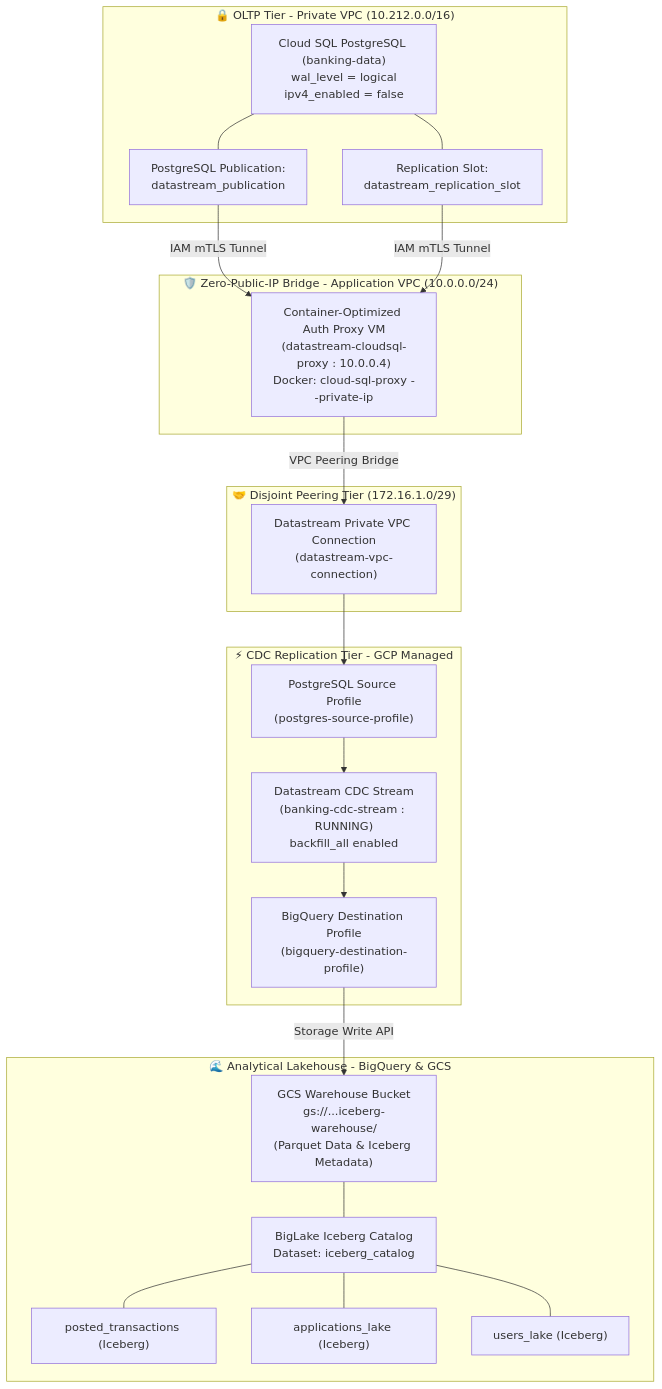
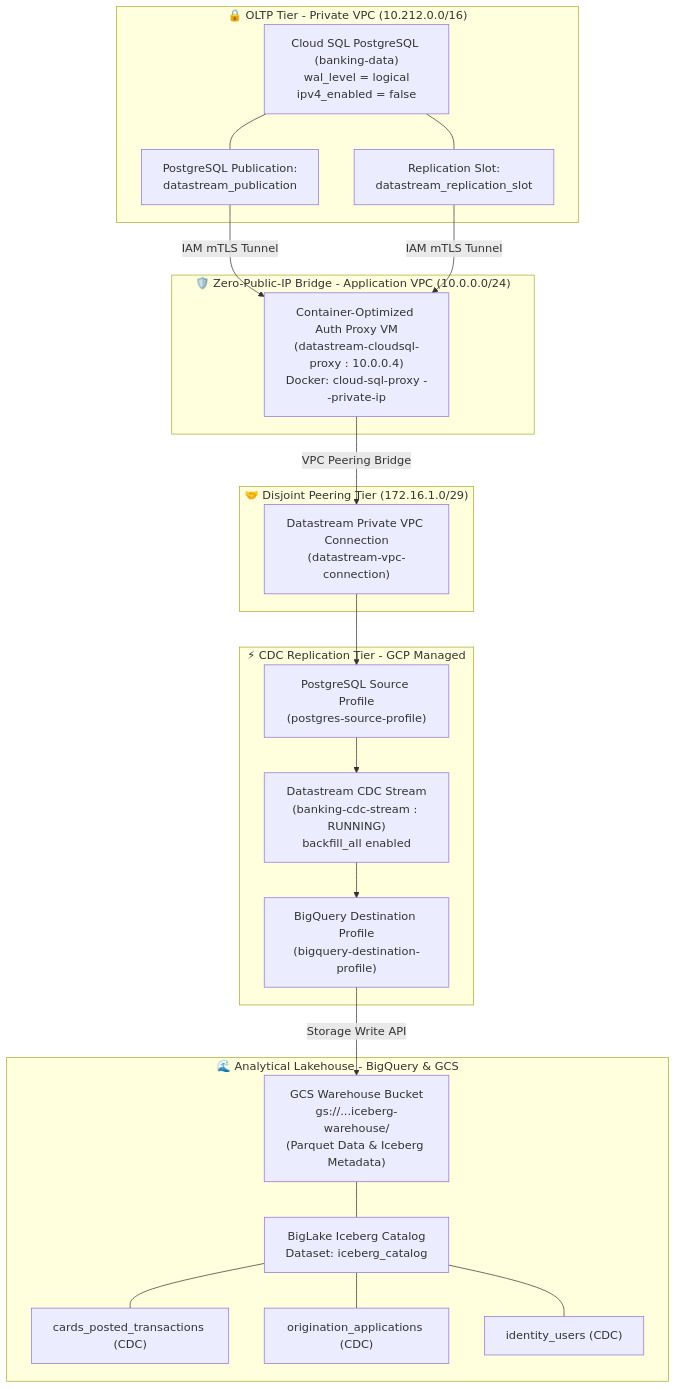
Before and after one commit to GoogleCloudPlatform/fsi-gecx-bundle: the diagram in docs/architecture/data-platform/apache_iceberg_cdc_datalake_architecture.md, drawn with Mermaid. The commit also changed other lines of this file and 12 other files, not shown here.

````diff
--- a/docs/architecture/data-platform/apache_iceberg_cdc_datalake_architecture.md
+++ b/docs/architecture/data-platform/apache_iceberg_cdc_datalake_architecture.md
@@ -24,40 +24,40 @@
 ```mermaid
 graph TD
     subgraph OLTP ["🔒 OLTP Tier - Private VPC (10.212.0.0/16)"]
         SQL["Cloud SQL PostgreSQL (banking-data)<br/>wal_level = logical<br/>ipv4_enabled = false"]
         PUB["PostgreSQL Publication:<br/>datastream_publication"]
         SLOT["Replication Slot:<br/>datastream_replication_slot"]
         SQL --- PUB & SLOT
     end
 
     subgraph NET ["🛡️ Zero-Public-IP Bridge - Application VPC (10.0.0.0/24)"]
         PROXY["Container-Optimized Auth Proxy VM<br/>(datastream-cloudsql-proxy : 10.0.0.4)<br/>Docker: cloud-sql-proxy --private-ip"]
     end
 
     subgraph PEER ["🤝 Disjoint Peering Tier (172.16.1.0/29)"]
         PEER_CONN["Datastream Private VPC Connection<br/>(datastream-vpc-connection)"]
     end
 
     subgraph CDC ["⚡ CDC Replication Tier - GCP Managed"]
         DS_SRC["PostgreSQL Source Profile<br/>(postgres-source-profile)"]
         DS_STREAM["Datastream CDC Stream<br/>(banking-cdc-stream : RUNNING)<br/>backfill_all enabled"]
         DS_DEST["BigQuery Destination Profile<br/>(bigquery-destination-profile)"]
     end
 
     subgraph LAKE ["🌊 Analytical Lakehouse - BigQuery & GCS"]
         GCS["GCS Warehouse Bucket<br/>gs://...iceberg-warehouse/<br/>(Parquet Data & Iceberg Metadata)"]
         BQL["BigLake Iceberg Catalog<br/>Dataset: iceberg_catalog"]
-        TBL1["posted_transactions (Iceberg)"]
-        TBL2["applications_lake (Iceberg)"]
-        TBL3["users_lake (Iceberg)"]
+        TBL1["cards_posted_transactions (CDC)"]
+        TBL2["origination_applications (CDC)"]
+        TBL3["identity_users (CDC)"]
     end
 
     PUB & SLOT -->|"IAM mTLS Tunnel"| PROXY
     PROXY -->|"VPC Peering Bridge"| PEER_CONN
     PEER_CONN --> DS_SRC
     DS_SRC --> DS_STREAM
     DS_STREAM --> DS_DEST
     DS_DEST -->|"Storage Write API"| GCS
     GCS --- BQL
     BQL --- TBL1 & TBL2 & TBL3
 ```
````
